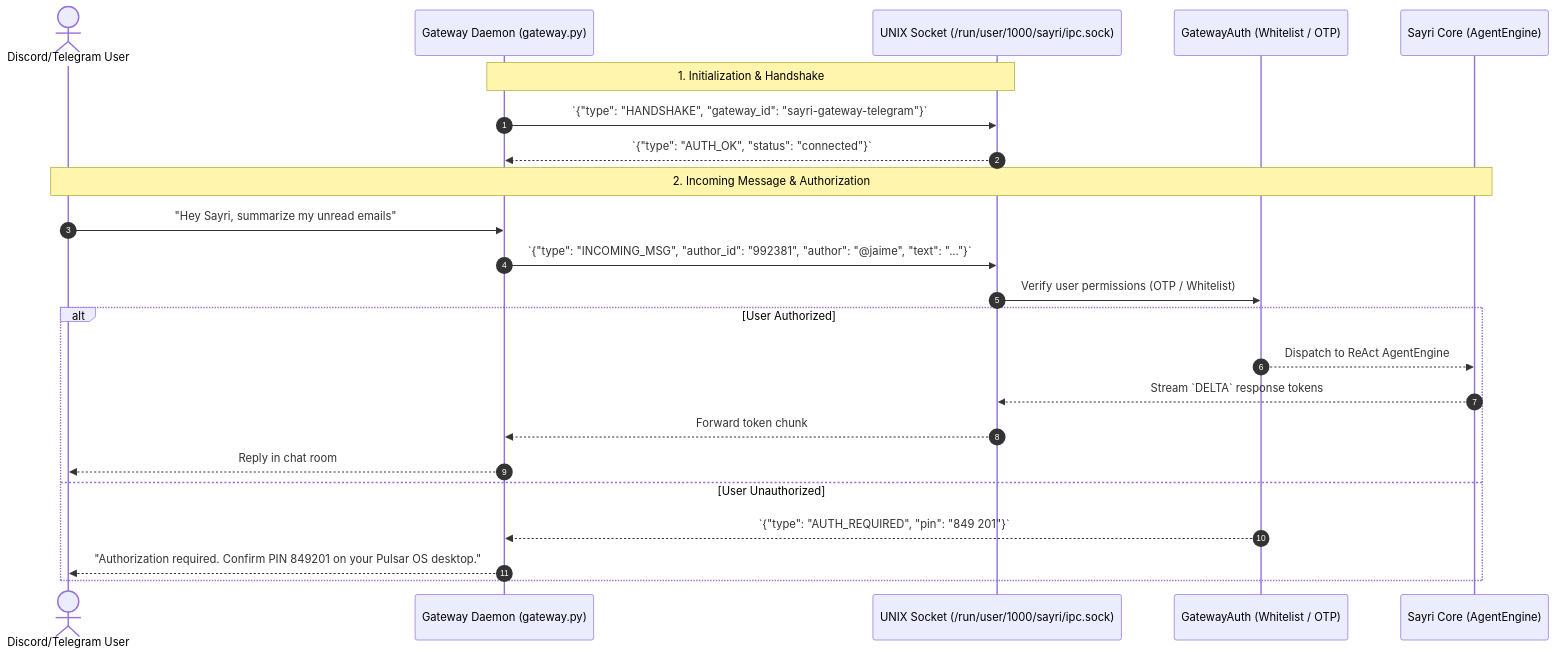
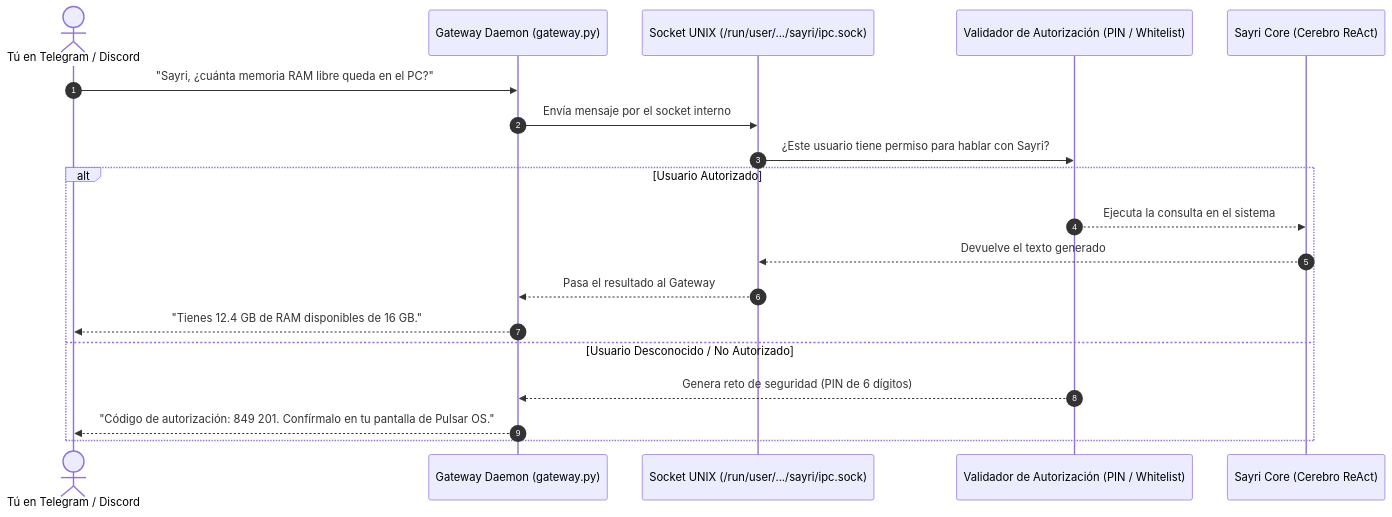
The diagram in src/data/help/architecture/gateways_spec.md (Inled-Pulsar-OS/os.inled.es), drawn with Mermaid before and after one commit. The commit also changed other lines of this file and 1 other file, not shown here.

Commit message:
docs: direct and didactic conceptual explanation of Skills, Gateways, and PIN authorization

````diff
--- a/src/data/help/architecture/gateways_spec.md
+++ b/src/data/help/architecture/gateways_spec.md
@@ -17,27 +17,23 @@
 ```mermaid
 sequenceDiagram
     autonumber
-    actor User as Discord/Telegram User
+    actor User as Tú en Telegram / Discord
     participant GW as Gateway Daemon (gateway.py)
-    participant Socket as UNIX Socket (/run/user/1000/sayri/ipc.sock)
-    participant Auth as GatewayAuth (Whitelist / OTP)
-    participant Core as Sayri Core (AgentEngine)
+    participant Socket as Socket UNIX (/run/user/.../sayri/ipc.sock)
+    participant Auth as Validador de Autorización (PIN / Whitelist)
+    participant Core as Sayri Core (Cerebro ReAct)
 
-    Note over GW,Socket: 1. Initialization & Handshake
-    GW->>Socket: `{"type": "HANDSHAKE", "gateway_id": "sayri-gateway-telegram"}`
-    Socket-->>GW: `{"type": "AUTH_OK", "status": "connected"}`
-
-    Note over User,Core: 2. Incoming Message & Authorization
-    User->>GW: "Hey Sayri, summarize my unread emails"
-    GW->>Socket: `{"type": "INCOMING_MSG", "author_id": "992381", "author": "@jaime", "text": "..."}`
-    Socket->>Auth: Verify user permissions (OTP / Whitelist)
-    alt User Authorized
-        Auth-->>Core: Dispatch to ReAct AgentEngine
-        Core-->>Socket: Stream `DELTA` response tokens
-        Socket-->>GW: Forward token chunk
-        GW-->>User: Reply in chat room
-    else User Unauthorized
-        Auth-->>GW: `{"type": "AUTH_REQUIRED", "pin": "849 201"}`
-        GW-->>User: "Authorization required. Confirm PIN 849201 on your Pulsar OS desktop."
+    User->>GW: "Sayri, ¿cuánta memoria RAM libre queda en el PC?"
+    GW->>Socket: Envía mensaje por el socket interno
+    Socket->>Auth: ¿Este usuario tiene permiso para hablar con Sayri?
+    
+    alt Usuario Autorizado
+        Auth-->>Core: Ejecuta la consulta en el sistema
+        Core-->>Socket: Devuelve el texto generado
+        Socket-->>GW: Pasa el resultado al Gateway
+        GW-->>User: "Tienes 12.4 GB de RAM disponibles de 16 GB."
+    else Usuario Desconocido / No Autorizado
+        Auth-->>GW: Genera reto de seguridad (PIN de 6 dígitos)
+        GW-->>User: "Código de autorización: 849 201. Confírmalo en tu pantalla de Pulsar OS."
     end
 ```
````
